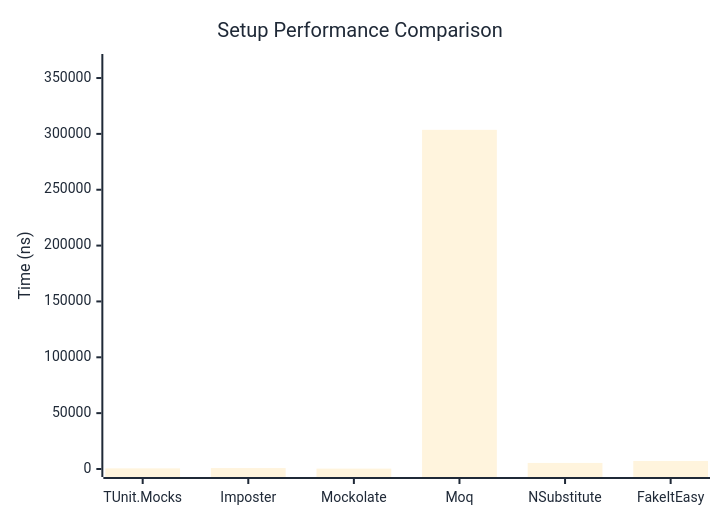
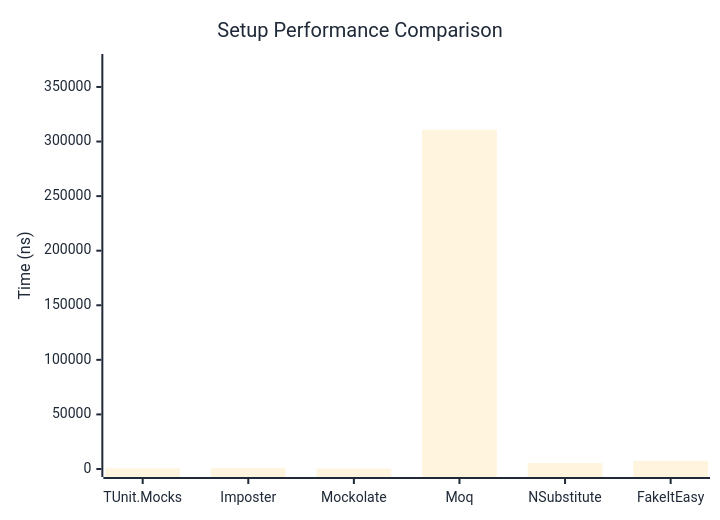
Before and after one commit to thomhurst/TUnit: the first of 2 diagrams in docs/docs/benchmarks/mocks/Setup.md, drawn with Mermaid. The commit also changed other lines of this file and 14 other files, not shown here.

````diff
--- a/docs/docs/benchmarks/mocks/Setup.md
+++ b/docs/docs/benchmarks/mocks/Setup.md
@@ -30,27 +30,27 @@
 ```mermaid
 %%{init: {
   'theme':'base',
   'themeVariables': {
     'primaryColor': '#2563eb',
     'primaryTextColor': '#1f2937',
     'primaryBorderColor': '#1e40af',
     'lineColor': '#6b7280',
     'secondaryColor': '#7c3aed',
     'tertiaryColor': '#dc2626',
     'background': '#ffffff',
     'pie1': '#2563eb',
     'pie2': '#7c3aed',
     'pie3': '#dc2626',
     'pie4': '#f59e0b',
     'pie5': '#10b981',
     'pie6': '#06b6d4',
     'pie7': '#ec4899',
     'pie8': '#6366f1'
   }
 }}%%
 xychart-beta
   title "Setup Performance Comparison"
   x-axis ["TUnit.Mocks", "Imposter", "Mockolate", "Moq", "NSubstitute", "FakeItEasy"]
-  y-axis "Time (ns)" 0 --> 364353
-  bar [579.4, 820.3, 341.1, 303626.8, 5442.2, 7186.5]
+  y-axis "Time (ns)" 0 --> 372869
+  bar [558.8, 800.9, 368.1, 310723.5, 5404.6, 7517.5]
 ```
````
